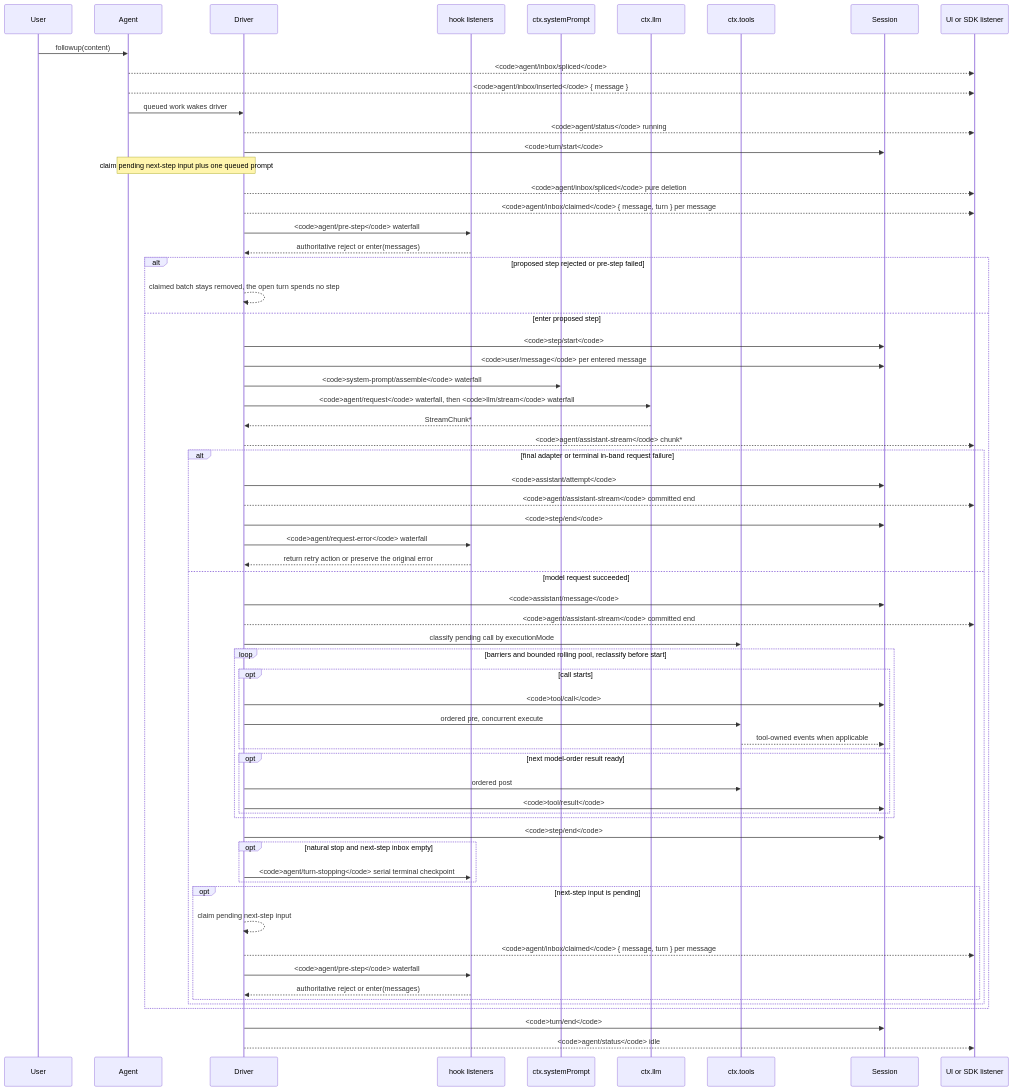
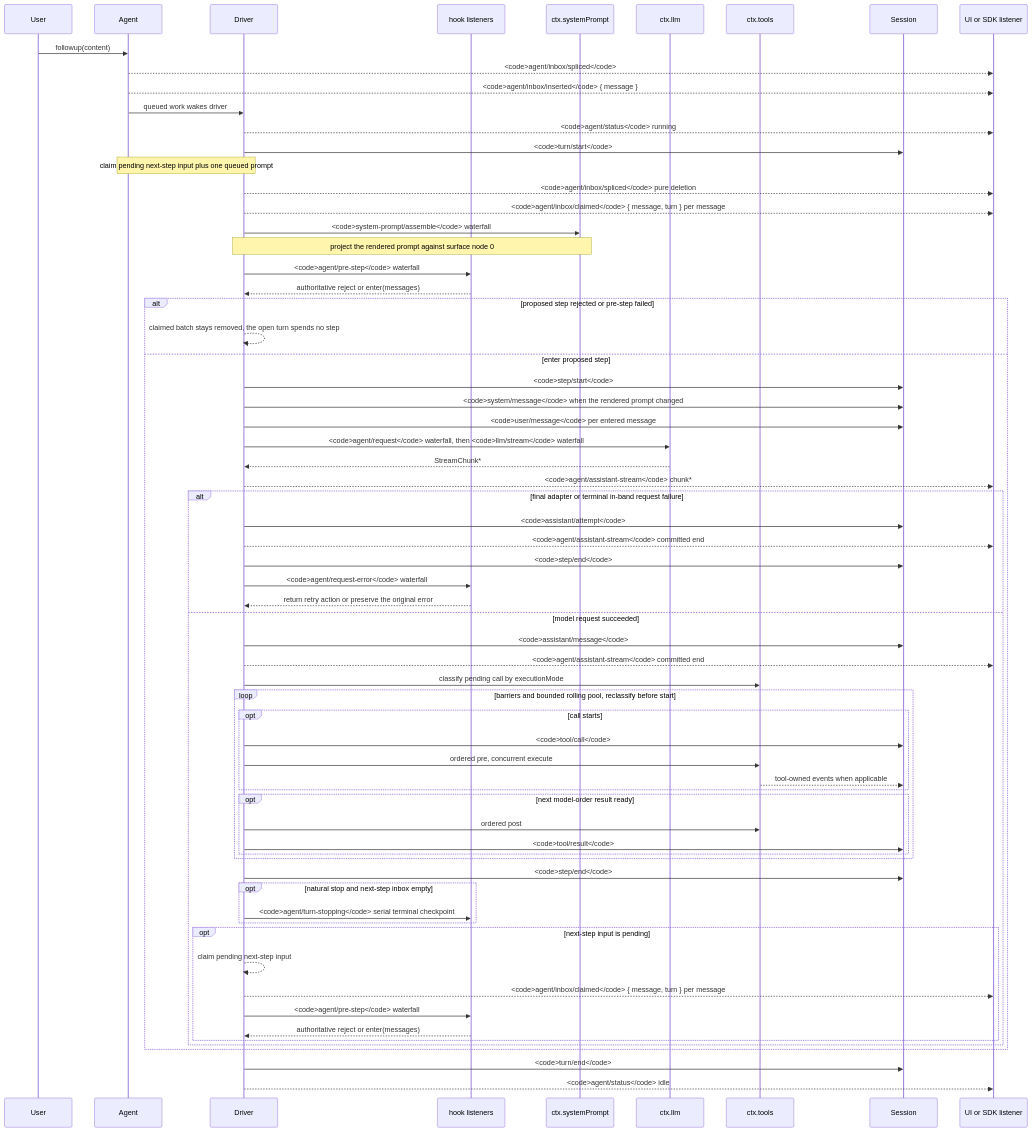
The diagram in docs/agent-lifecycle.md (guojiaxian/deepseek-harness-WTAgent), drawn with Mermaid before and after one commit. The commit also changed 299 other files, not shown here.

First line of the commit message:
refactor(session): represent the system prompt as surface node zero

````diff
--- a/docs/agent-lifecycle.md
+++ b/docs/agent-lifecycle.md
@@ -8,67 +8,69 @@
 ```mermaid
 sequenceDiagram
   participant User
   participant Agent
   participant Driver
   participant Hooks as hook listeners
   participant Prompt as ctx.systemPrompt
   participant LLM as ctx.llm
   participant Tools as ctx.tools
   participant Session
   participant SDK as UI or SDK listener
   User->>Agent: followup(content)
   Agent-->>SDK: <code>agent/inbox/spliced</code>
   Agent-->>SDK: <code>agent/inbox/inserted</code> { message }
   Agent->>Driver: queued work wakes driver
   Driver-->>SDK: <code>agent/status</code> running
   Driver->>Session: <code>turn/start</code>
   Note over Agent,Driver: claim pending next-step input plus one queued prompt
   Driver-->>SDK: <code>agent/inbox/spliced</code> pure deletion
   Driver-->>SDK: <code>agent/inbox/claimed</code> { message, turn } per message
+  Driver->>Prompt: <code>system-prompt/assemble</code> waterfall
+  Note over Driver,Prompt: project the rendered prompt against surface node 0
   Driver->>Hooks: <code>agent/pre-step</code> waterfall
   Hooks-->>Driver: authoritative reject or enter(messages)
   alt proposed step rejected or pre-step failed
     Driver-->>Driver: claimed batch stays removed, the open turn spends no step
   else enter proposed step
   Driver->>Session: <code>step/start</code>
+  Driver->>Session: <code>system/message</code> when the rendered prompt changed
   Driver->>Session: <code>user/message</code> per entered message
-  Driver->>Prompt: <code>system-prompt/assemble</code> waterfall
   Driver->>LLM: <code>agent/request</code> waterfall, then <code>llm/stream</code> waterfall
   LLM-->>Driver: StreamChunk*
   Driver-->>SDK: <code>agent/assistant-stream</code> chunk*
   alt final adapter or terminal in-band request failure
     Driver->>Session: <code>assistant/attempt</code>
     Driver-->>SDK: <code>agent/assistant-stream</code> committed end
     Driver->>Session: <code>step/end</code>
     Driver->>Hooks: <code>agent/request-error</code> waterfall
     Hooks-->>Driver: return retry action or preserve the original error
   else model request succeeded
   Driver->>Session: <code>assistant/message</code>
   Driver-->>SDK: <code>agent/assistant-stream</code> committed end
   Driver->>Tools: classify pending call by executionMode
   loop barriers and bounded rolling pool, reclassify before start
     opt call starts
       Driver->>Session: <code>tool/call</code>
       Driver->>Tools: ordered pre, concurrent execute
       Tools-->>Session: tool-owned events when applicable
     end
     opt next model-order result ready
       Driver->>Tools: ordered post
       Driver->>Session: <code>tool/result</code>
     end
   end
   Driver->>Session: <code>step/end</code>
   opt natural stop and next-step inbox empty
     Driver->>Hooks: <code>agent/turn-stopping</code> serial terminal checkpoint
   end
   opt next-step input is pending
     Driver-->>Driver: claim pending next-step input
     Driver-->>SDK: <code>agent/inbox/claimed</code> { message, turn } per message
     Driver->>Hooks: <code>agent/pre-step</code> waterfall
     Hooks-->>Driver: authoritative reject or enter(messages)
   end
   end
   end
   Driver->>Session: <code>turn/end</code>
   Driver-->>SDK: <code>agent/status</code> idle
 ```
````
